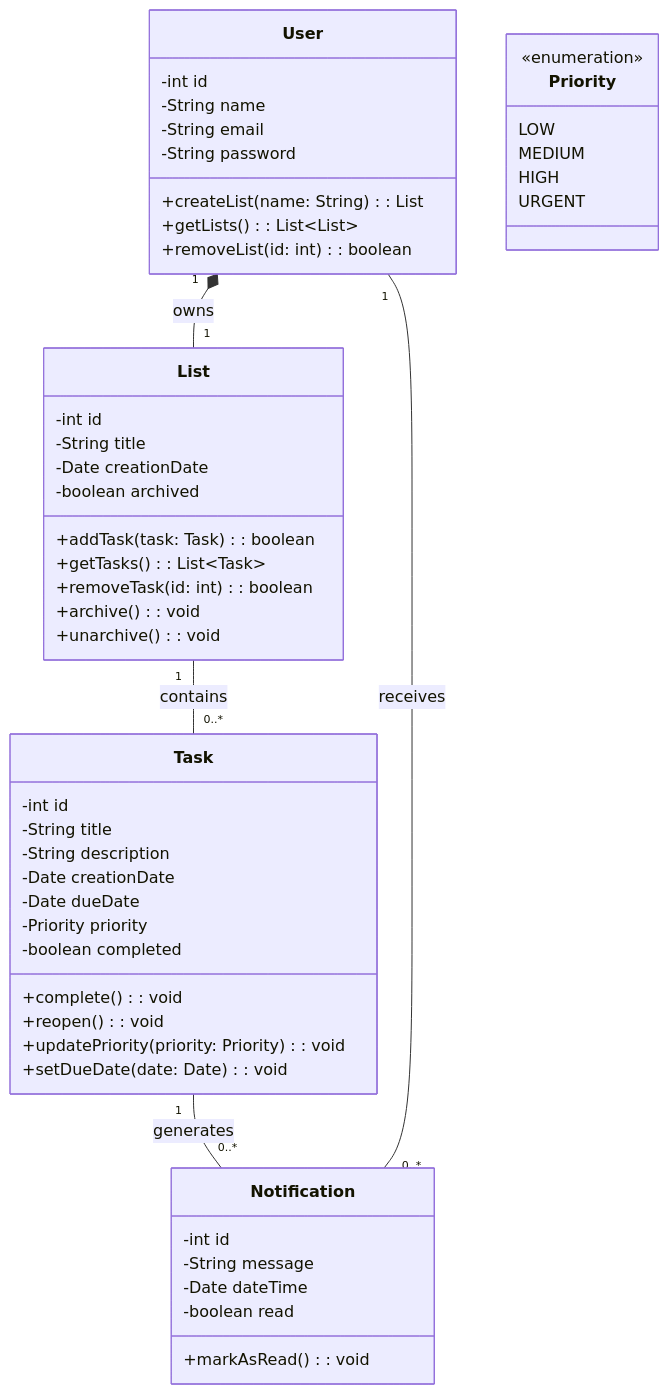
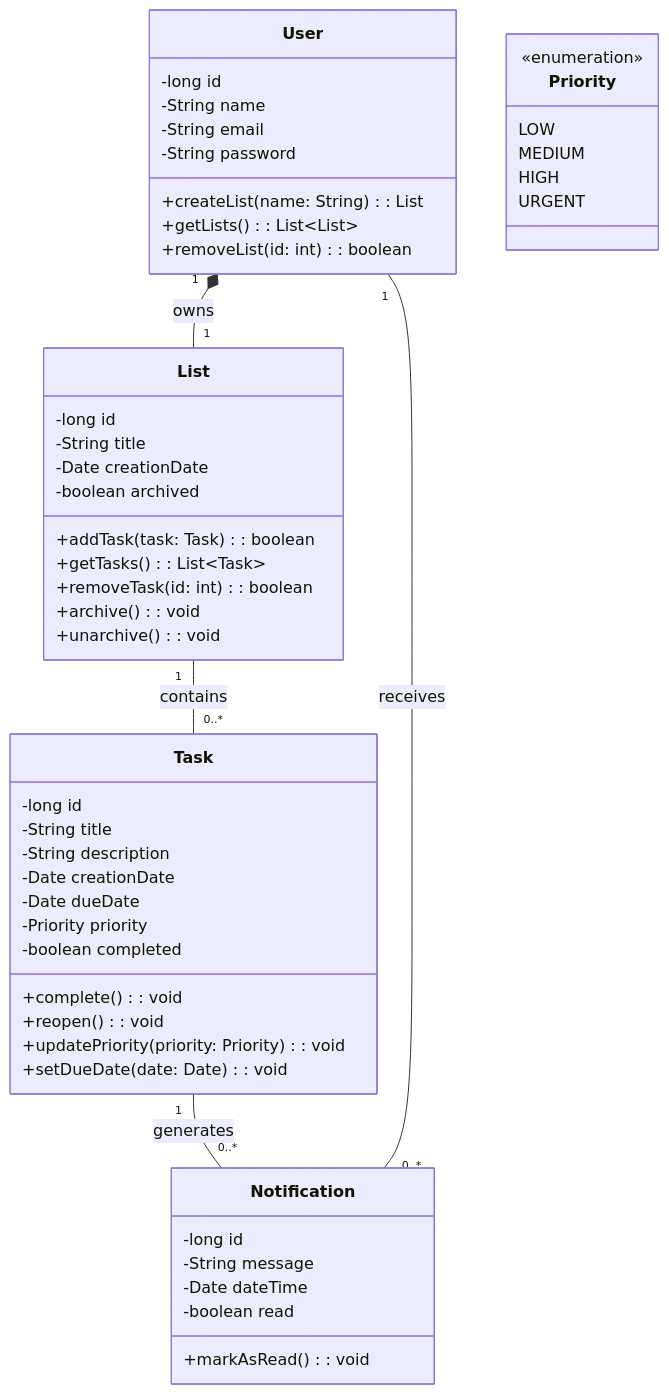
The diagram in README.md (araujoejcc/projetoDecolatech), drawn with Mermaid before and after one commit.

Commit message:
Update README.md
Replace int id for long id

````diff
--- a/README.md
+++ b/README.md
@@ -3,61 +3,61 @@
 ```mermaid
 classDiagram
     class User {
-        -int id
+        -long id
         -String name
         -String email
         -String password
         +createList(name: String): List
         +getLists(): List~List~
         +removeList(id: int): boolean
     }
     
     class List {
-        -int id
+        -long id
         -String title
         -Date creationDate
         -boolean archived
         +addTask(task: Task): boolean
         +getTasks(): List~Task~
         +removeTask(id: int): boolean
         +archive(): void
         +unarchive(): void
     }
     
     class Task {
-        -int id
+        -long id
         -String title
         -String description
         -Date creationDate
         -Date dueDate
         -Priority priority
         -boolean completed
         +complete(): void
         +reopen(): void
         +updatePriority(priority: Priority): void
         +setDueDate(date: Date): void
     }
     
     class Priority {
         <<enumeration>>
         LOW
         MEDIUM
         HIGH
         URGENT
     }
     
 
     class Notification {
-        -int id
+        -long id
         -String message
         -Date dateTime
         -boolean read
         +markAsRead(): void
     }
     
     User "1" *-- "1" List : owns
     List "1" -- "0..*" Task : contains
 
     Task "1" -- "0..*" Notification : generates
     User "1" -- "0..*" Notification : receives
 ```
````
